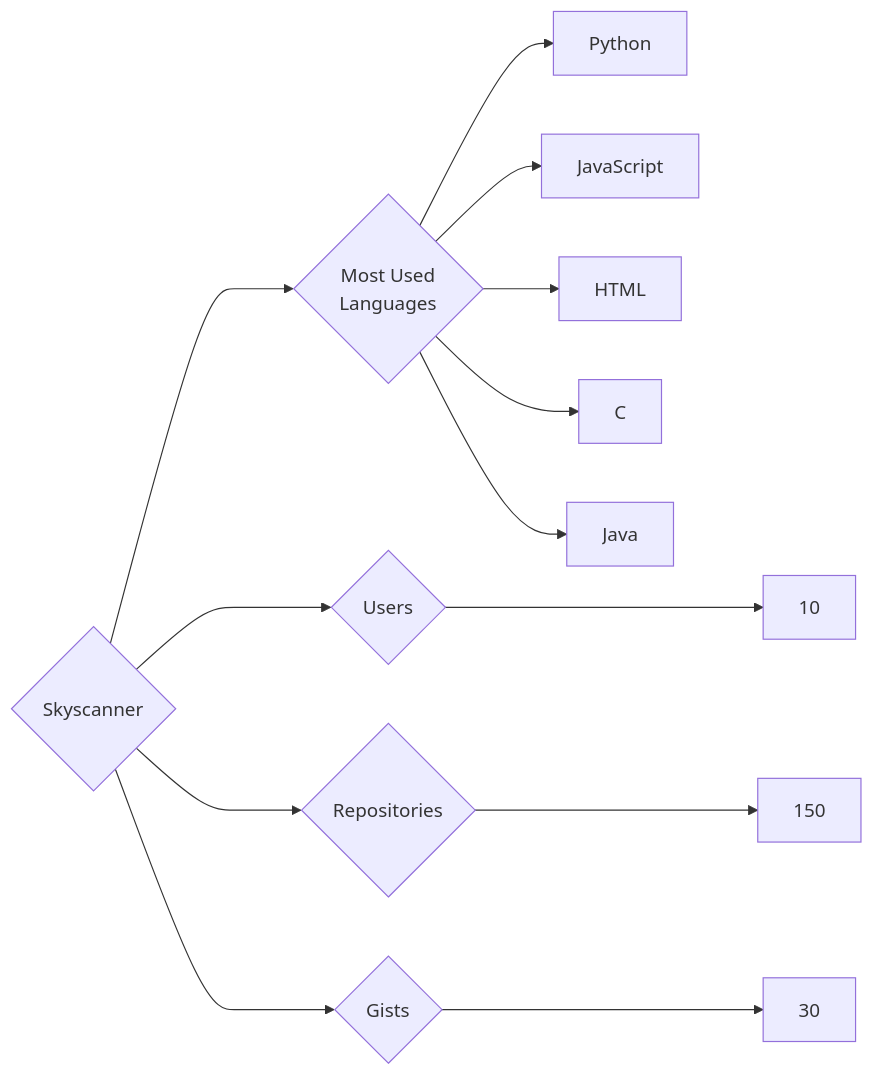
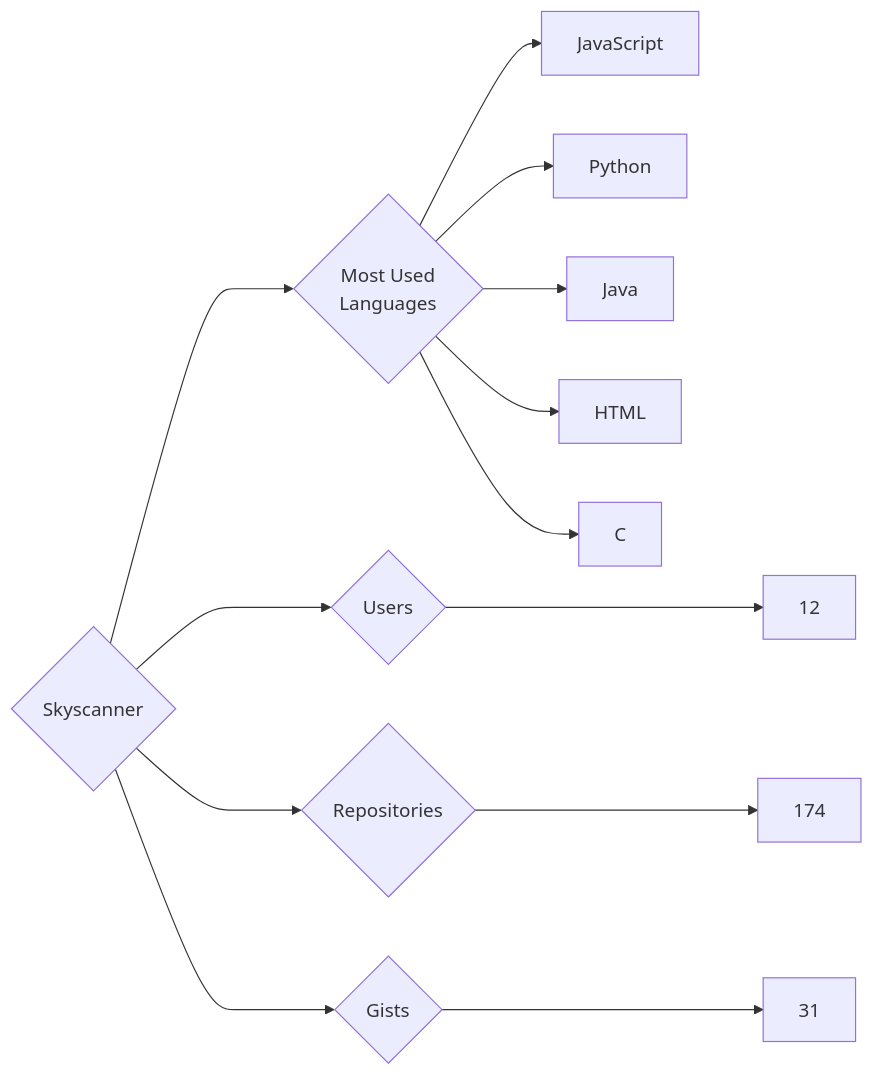
Before and after one commit to trickest/insiders: the diagram in targets/Skyscanner/README.md, drawn with Mermaid. The commit also changed 976 other files, not shown here.

````diff
--- a/targets/Skyscanner/README.md
+++ b/targets/Skyscanner/README.md
@@ -3,13 +3,13 @@
 ```mermaid
 graph LR
 COMPANY_NAME{Skyscanner}
-COMPANY_NAME ---> U{Users} ---> UN[10]
-COMPANY_NAME ---> R{Repositories} ---> RN[150]
-COMPANY_NAME ---> G{Gists} ---> GN[30]
+COMPANY_NAME ---> U{Users} ---> UN[12]
+COMPANY_NAME ---> R{Repositories} ---> RN[174]
+COMPANY_NAME ---> G{Gists} ---> GN[31]
 COMPANY_NAME ---> ML{Most Used<br>Languages}
+ML --> JavaScript[JavaScript]
 ML --> Python[Python]
-ML --> JavaScript[JavaScript]
+ML --> Java[Java]
 ML --> HTML[HTML]
 ML --> C[C]
-ML --> Java[Java]
 ```
````
